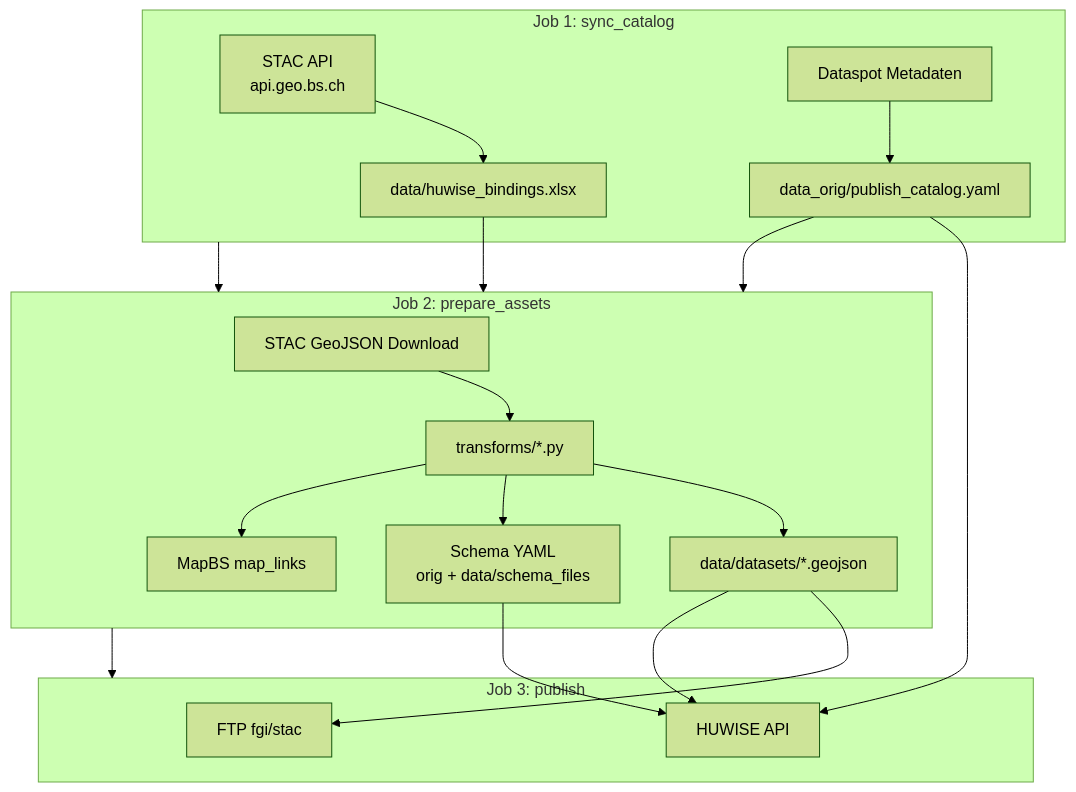
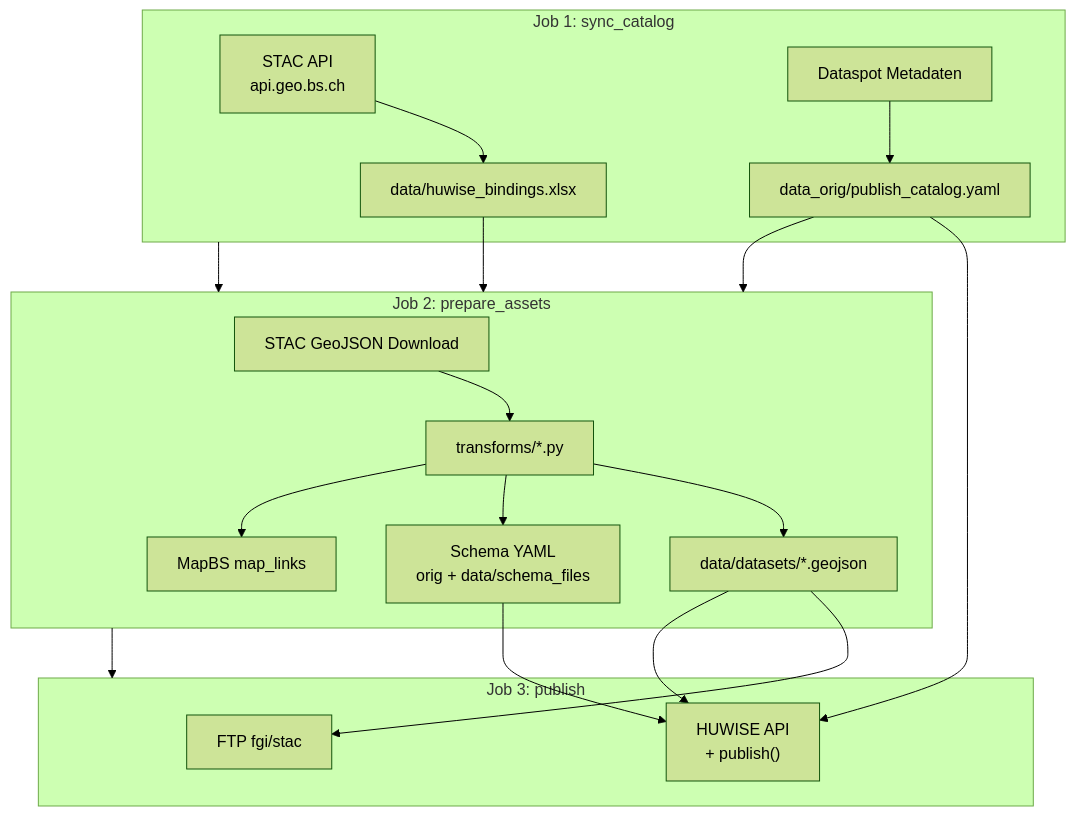
Before and after one commit to opendatabs/data-processing: the diagram in fgi_stac/README.md, drawn with Mermaid (forest theme). The commit also changed other lines of this file and 3 other files, not shown here.

````diff
--- a/fgi_stac/README.md
+++ b/fgi_stac/README.md
@@ -7,33 +7,33 @@
 ```mermaid
 flowchart TB
   subgraph job1 [Job 1: sync_catalog]
     STAC["STAC API\napi.geo.bs.ch"]
     DSmeta["Dataspot Metadaten"]
     STAC --> excel["data/huwise_bindings.xlsx"]
     DSmeta --> catalog["data_orig/publish_catalog.yaml"]
   end
 
   subgraph job2 [Job 2: prepare_assets]
     STACdl["STAC GeoJSON Download"]
     TR["transforms/*.py"]
     SCH["Schema YAML\norig + data/schema_files"]
     MAP["MapBS map_links"]
     STACdl --> TR --> geo["data/datasets/*.geojson"]
     TR --> SCH
     TR --> MAP
   end
 
   subgraph job3 [Job 3: publish]
     FTP["FTP fgi/stac"]
-    HW["HUWISE API"]
+    HW["HUWISE API\n+ publish()"]
     geo --> FTP
     geo --> HW
     catalog --> HW
     SCH --> HW
   end
 
   excel --> job2
   catalog --> job2
   job1 --> job2
   job2 --> job3
 ```
````
